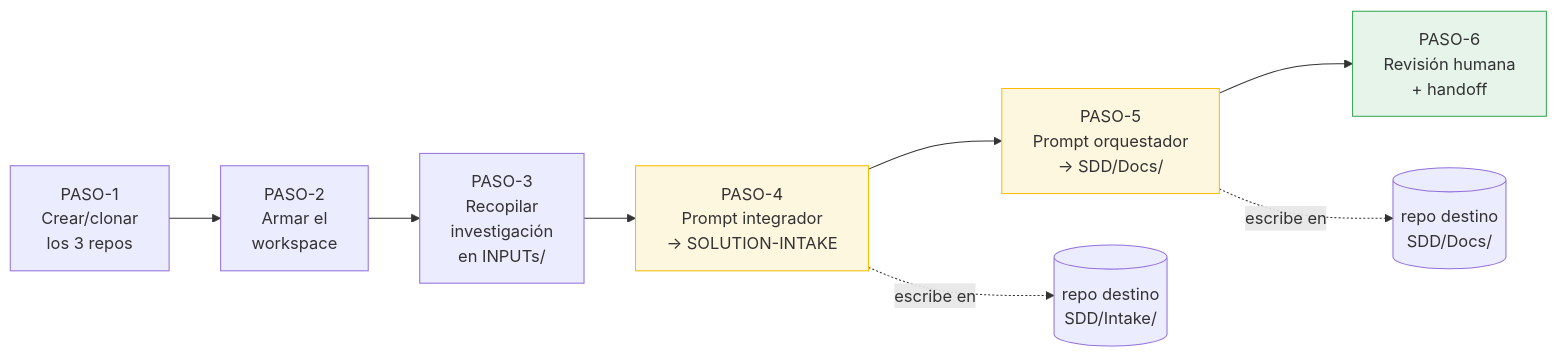
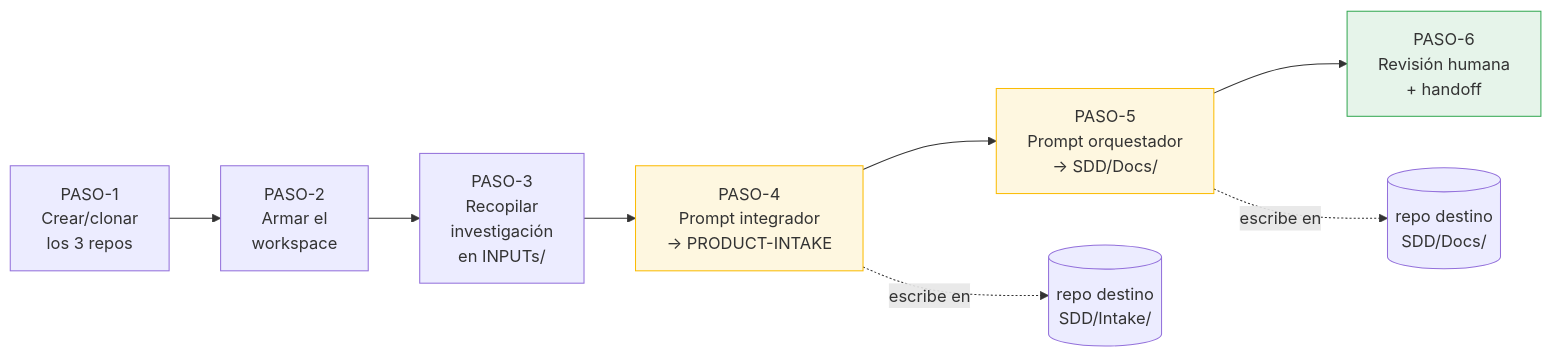
The second of 3 diagrams in SDD/Guides/SDD-Getting-Started-Guide.md (Aplicada-Streaming/IA.SDD), drawn with Mermaid before and after one commit. The commit also changed other lines of this file and 100 other files, not shown here.

````diff
--- a/SDD/Guides/SDD-Getting-Started-Guide.md
+++ b/SDD/Guides/SDD-Getting-Started-Guide.md
@@ -165,15 +165,15 @@
 ```mermaid
 flowchart LR
     P1["PASO-1<br/>Crear/clonar<br/>los 3 repos"] --> P2["PASO-2<br/>Armar el<br/>workspace"]
     P2 --> P3["PASO-3<br/>Recopilar<br/>investigación<br/>en INPUTs/"]
-    P3 --> P4["PASO-4<br/>Prompt integrador<br/>→ SOLUTION-INTAKE"]
+    P3 --> P4["PASO-4<br/>Prompt integrador<br/>→ PRODUCT-INTAKE"]
     P4 --> P5["PASO-5<br/>Prompt orquestador<br/>→ SDD/Docs/"]
     P5 --> P6["PASO-6<br/>Revisión humana<br/>+ handoff"]
 
     P4 -. "escribe en" .-> DEST[("repo destino<br/>SDD/Intake/")]
     P5 -. "escribe en" .-> DEST2[("repo destino<br/>SDD/Docs/")]
 
     style P4 fill:#fef7e0,stroke:#fbbc04
     style P5 fill:#fef7e0,stroke:#fbbc04
     style P6 fill:#e6f4ea,stroke:#34a853
 ```
````
